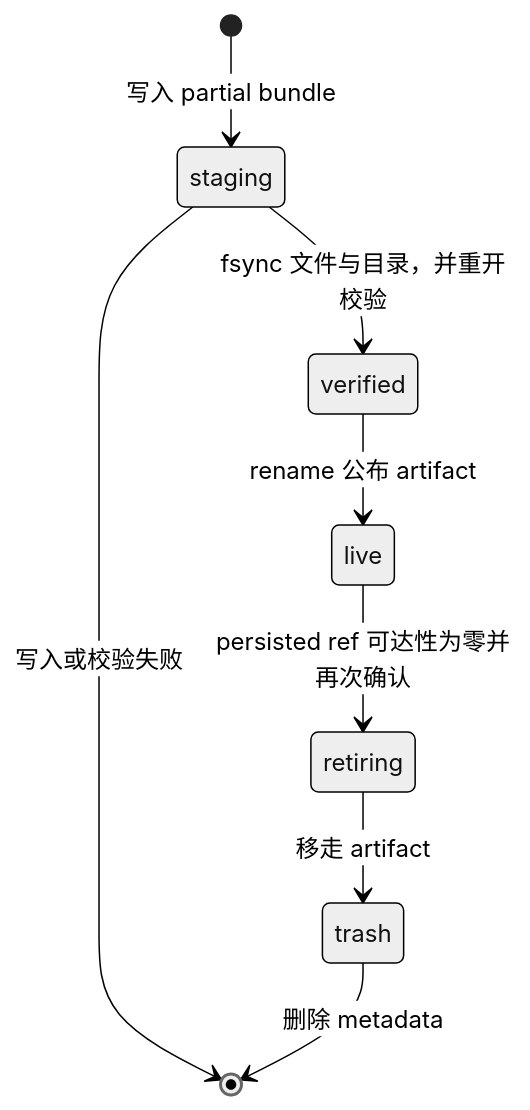
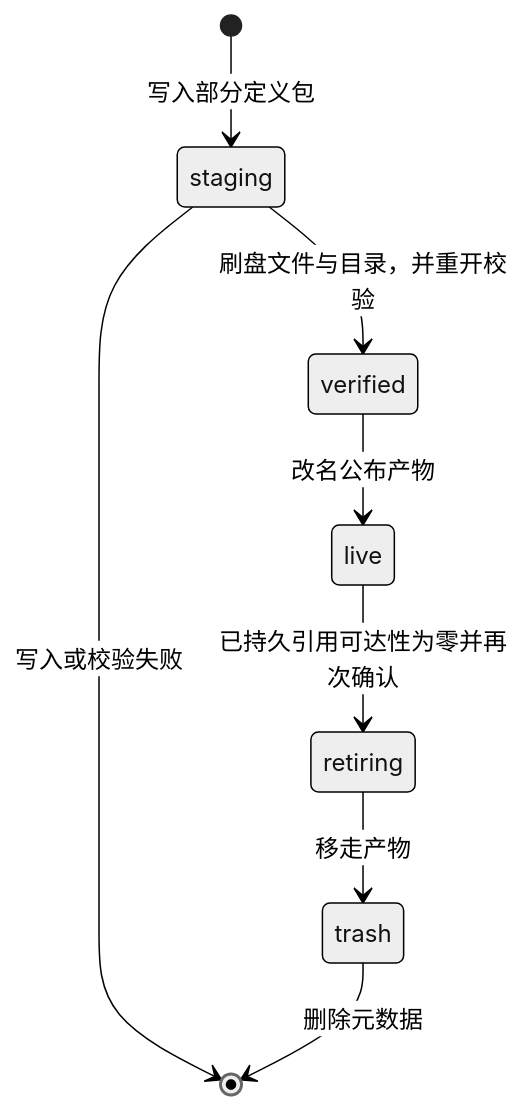
One commit to mouriya-s-lab/coder-loop changed the third of 7 diagrams in v3-issue/A.md. Above: the diagram before and after it, drawn with Mermaid (neutral theme). The commit also changed other lines of this file and 2 other files, not shown here.

````diff
--- a/v3-issue/A.md
+++ b/v3-issue/A.md
@@ -1190,10 +310,11 @@
 ```mermaid
 stateDiagram-v2
-    [*] --> staging: 写入 partial bundle
-    staging --> verified: fsync 文件与目录，并重开校验
+    [*] --> staging: 写入部分定义包
+    staging --> verified: 刷盘文件与目录，并重开校验
     staging --> [*]: 写入或校验失败
-    verified --> live: rename 公布 artifact
-    live --> retiring: persisted ref 可达性为零并再次确认
-    retiring --> trash: 移走 artifact
-    trash --> [*]: 删除 metadata
+    verified --> live: 改名公布产物
+    live --> retiring: 已持久引用可达性为零并再次确认
+    retiring --> trash: 移走产物
+    trash --> [*]: 删除元数据
+
 ```
````
